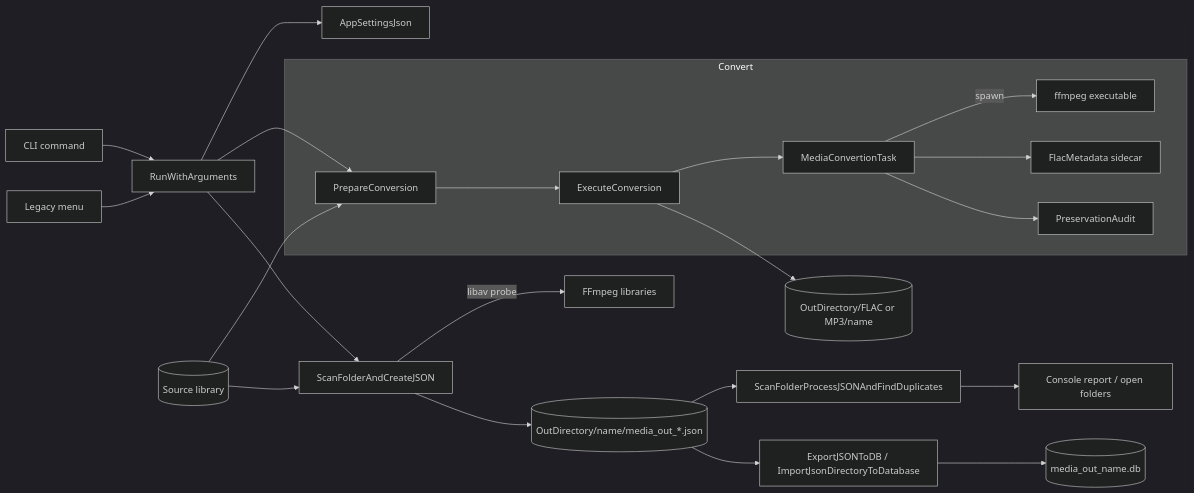
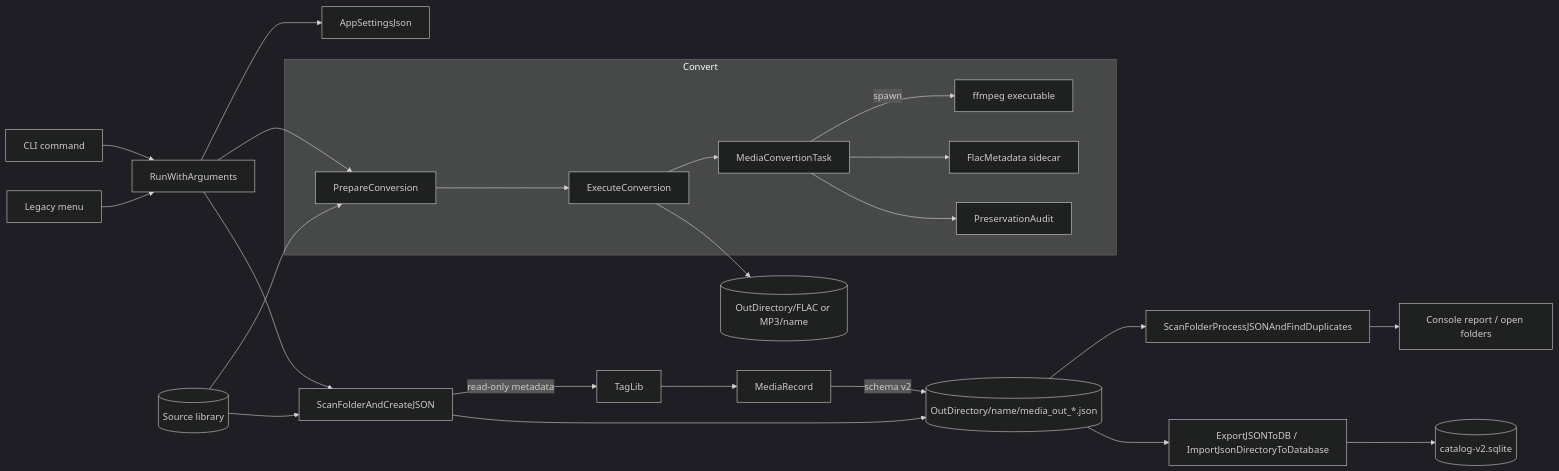
The diagram in FlacConvert/DESIGN.md (guyker/AudioFormatConverter), drawn with Mermaid (dark theme) before and after one commit. The commit also changed other lines of this file and 47 other files, not shown here.

Commit message:
Add audio metadata catalog and analysis

````diff
--- a/FlacConvert/DESIGN.md
+++ b/FlacConvert/DESIGN.md
@@ -39,24 +41,26 @@
 ```mermaid
 flowchart LR
     CLI[CLI command] --> RWA[RunWithArguments]
     Menu[Legacy menu] --> RWA
     RWA --> CFG[AppSettingsJson]
     subgraph Convert
         PC[PrepareConversion] --> EC[ExecuteConversion]
         EC --> MCT[MediaConvertionTask]
         MCT -->|spawn| FF[ffmpeg executable]
         MCT --> FM[FlacMetadata sidecar]
         MCT --> PA[PreservationAudit]
     end
     RWA --> PC
     SRC[(Source library)] --> PC
     EC --> OUT[(OutDirectory/FLAC or MP3/name)]
     RWA --> SCAN[ScanFolderAndCreateJSON]
     SRC --> SCAN
-    SCAN -->|libav probe| LIBAV[FFmpeg libraries]
+    SCAN -->|read-only metadata| TAGLIB[TagLib]
+    TAGLIB --> RECORD[MediaRecord]
+    RECORD -->|schema v2| JSON
     SCAN --> JSON[(OutDirectory/name/media_out_*.json)]
     JSON --> DUP[ScanFolderProcessJSONAndFindDuplicates]
     DUP --> REP[Console report / open folders]
     JSON --> DB[ExportJSONToDB / ImportJsonDirectoryToDatabase]
-    DB --> SQL[(media_out_name.db)]
+    DB --> SQL[(catalog-v2.sqlite)]
 ```
````
